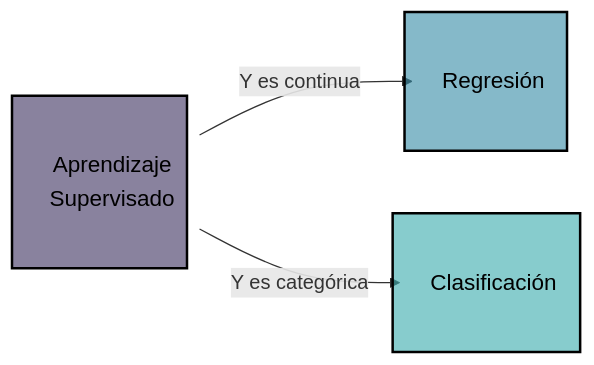
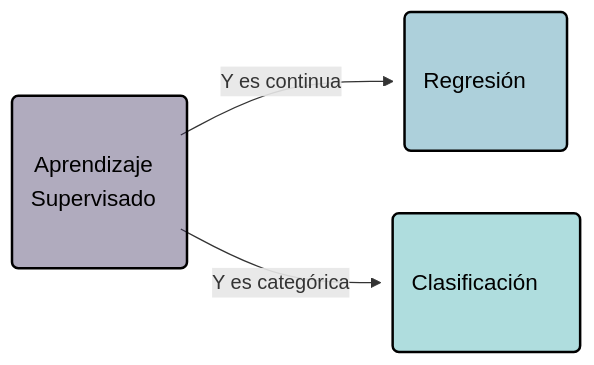
Before and after one commit to maRce10/aprendizaje_estadistico_2024: the fifth of 7 diagrams in Diagrama.qmd, drawn with Mermaid. The commit also changed other lines of this file and 18 other files, not shown here.

Commit message:
fix diagrams

````diff
--- a/Diagrama.qmd
+++ b/Diagrama.qmd
@@ -97,14 +101,14 @@
 ```{mermaid}
 flowchart LR
     classDef largeText font-size:18px, padding:15px;
 
-    S[Aprendizaje\nSupervisado] -->|Y es continua| Reg[Regresión]
-    S -->|Y es categórica| Class[Clasificación]
+    S(Aprendizaje\nSupervisado) -->|Y es continua| Reg(Regresión)
+    S -->|Y es categórica| Class(Clasificación)
 
     class S,Reg,Class largeText;
 
-    style S fill:#3B2F5E99, stroke:#000, width:140px, stroke-width:2px, color:#000, text-align:center;
-    style Reg fill:#348AA699, stroke:#000, width:130px, stroke-width:2px, color:#000, text-align:center;
-    style Class fill:#38AAAC99, stroke:#000, width:150px, stroke-width:2px, color:#000, text-align:center;
+    style S fill:#3B2F5E66, stroke:#000, width:140px, stroke-width:2px, color:#000, text-align:center;
+    style Reg fill:#348AA666, stroke:#000, width:130px, stroke-width:2px, color:#000, text-align:center;
+    style Class fill:#38AAAC66, stroke:#000, width:150px, stroke-width:2px, color:#000, text-align:center;
 
 ```
````
